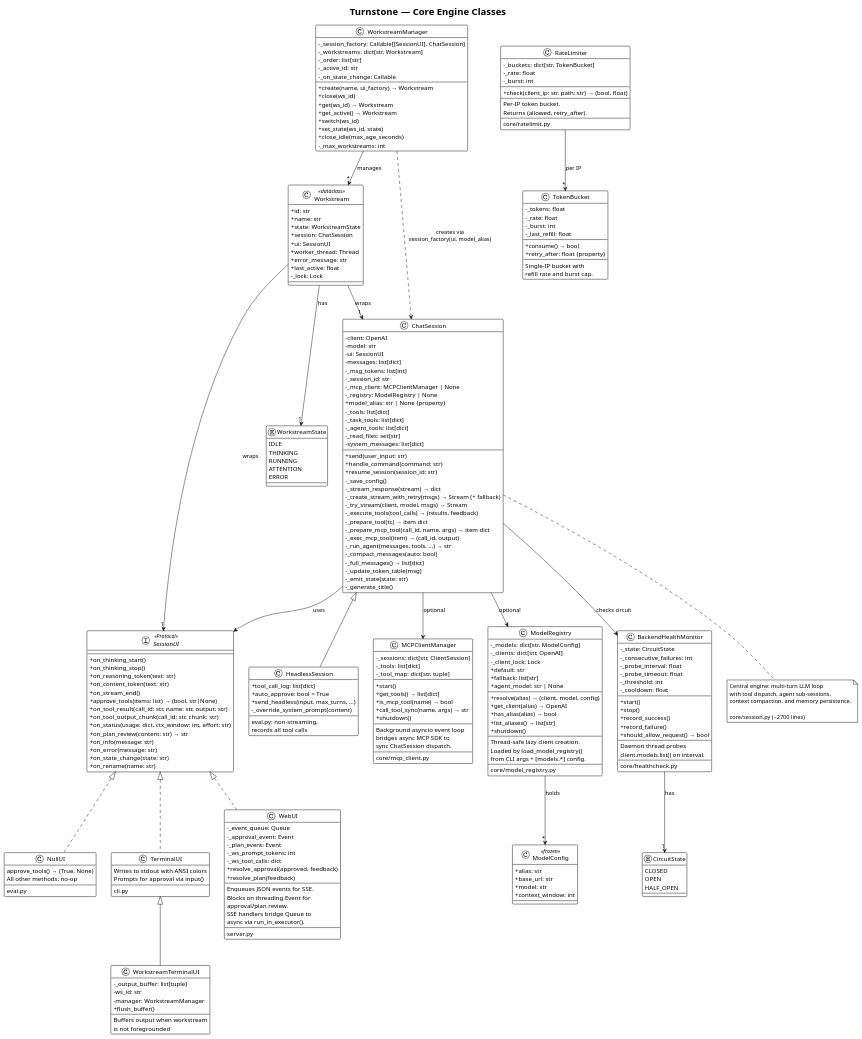
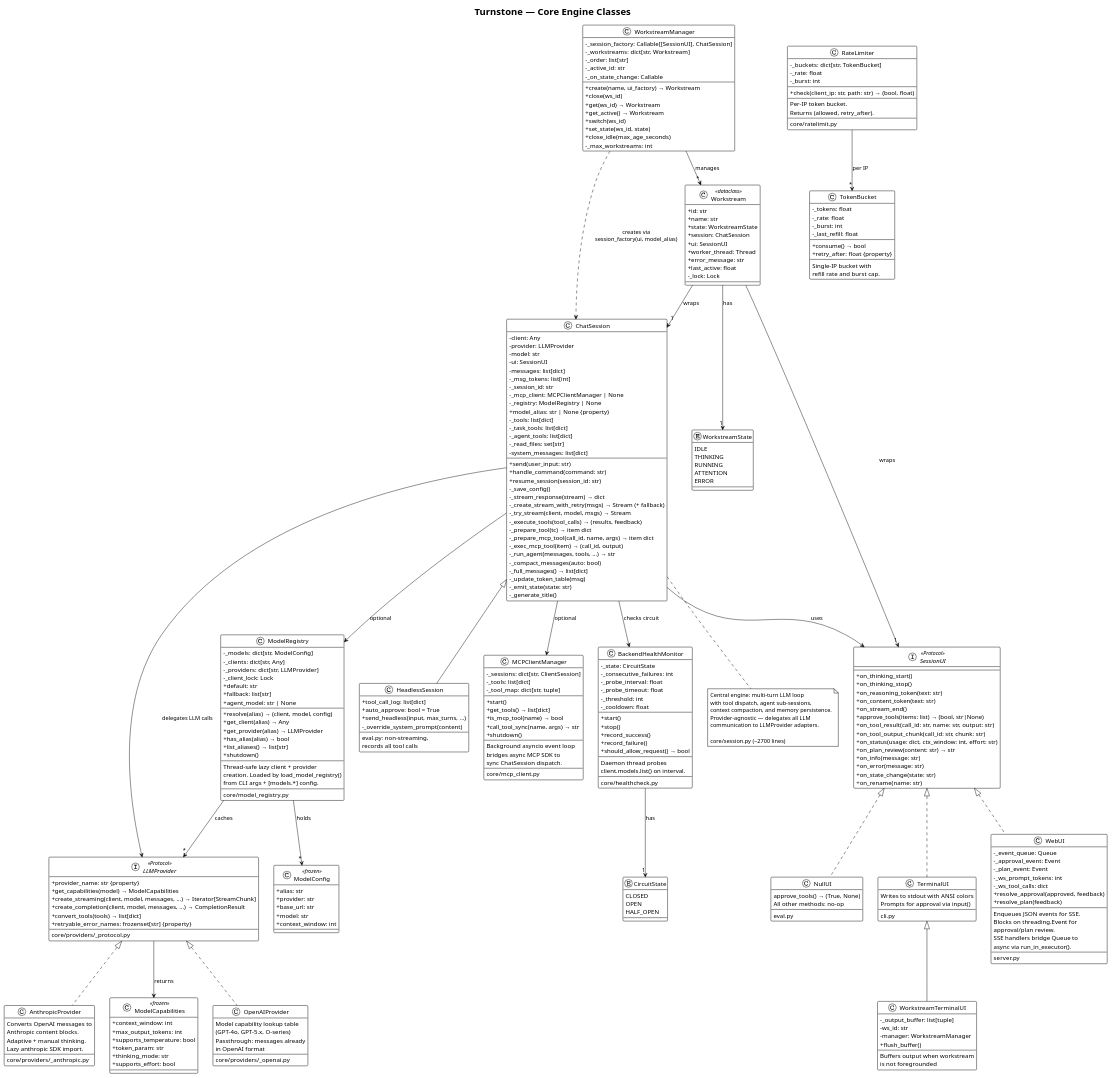
The diagram in docs/diagrams/03-core-engine-classes.puml (turnstonelabs/turnstone), drawn with PlantUML before and after one commit. The commit also changed 20 other files, not shown here.

First line of the commit message:
Add multi-provider LLM adapter with model capability flags

```diff
--- a/docs/diagrams/03-core-engine-classes.puml
+++ b/docs/diagrams/03-core-engine-classes.puml
@@ -65,9 +65,50 @@
     eval.py
 }
 
+' LLMProvider Protocol
+interface "LLMProvider" as LLMProvider <<Protocol>> {
+    + provider_name: str {property}
+    + get_capabilities(model) → ModelCapabilities
+    + create_streaming(client, model, messages, ...) → Iterator[StreamChunk]
+    + create_completion(client, model, messages, ...) → CompletionResult
+    + convert_tools(tools) → list[dict]
+    + retryable_error_names: frozenset[str] {property}
+    --
+    core/providers/_protocol.py
+}
+
+class "OpenAIProvider" as OpenAIProv {
+    Model capability lookup table
+    (GPT-4o, GPT-5.x, O-series)
+    Passthrough: messages already
+    in OpenAI format
+    --
+    core/providers/_openai.py
+}
+
+class "AnthropicProvider" as AnthropicProv {
+    Converts OpenAI messages to
+    Anthropic content blocks.
+    Adaptive + manual thinking.
+    Lazy anthropic SDK import.
+    --
+    core/providers/_anthropic.py
+}
+
+' ModelCapabilities
+class "ModelCapabilities" as ModelCaps <<frozen>> {
+    + context_window: int
+    + max_output_tokens: int
+    + supports_temperature: bool
+    + token_param: str
+    + thinking_mode: str
+    + supports_effort: bool
+}
+
 ' ChatSession
 class "ChatSession" as ChatSession {
-    - client: OpenAI
+    - client: Any
+    - provider: LLMProvider
     - model: str
     - ui: SessionUI
     - messages: list[dict]
@@ -174,20 +215,22 @@
 ' ModelRegistry
 class "ModelRegistry" as ModelReg {
     - _models: dict[str, ModelConfig]
-    - _clients: dict[str, OpenAI]
+    - _clients: dict[str, Any]
+    - _providers: dict[str, LLMProvider]
     - _client_lock: Lock
     + default: str
     + fallback: list[str]
     + agent_model: str | None
     --
     + resolve(alias) → (client, model, config)
-    + get_client(alias) → OpenAI
+    + get_client(alias) → Any
+    + get_provider(alias) → LLMProvider
     + has_alias(alias) → bool
     + list_aliases() → list[str]
     + shutdown()
     --
-    Thread-safe lazy client creation.
-    Loaded by load_model_registry()
+    Thread-safe lazy client + provider
+    creation. Loaded by load_model_registry()
     from CLI args + [models.*] config.
     --
     core/model_registry.py
@@ -195,6 +238,7 @@
 
 class "ModelConfig" as ModelCfg <<frozen>> {
     + alias: str
+    + provider: str
     + base_url: str
     + model: str
     + context_window: int
@@ -262,7 +306,11 @@
 SessionUI <|.. WebUI
 SessionUI <|.. NullUI
 
+LLMProvider <|.. OpenAIProv
+LLMProvider <|.. AnthropicProv
+
 ChatSession --> SessionUI : uses
+ChatSession --> LLMProvider : delegates LLM calls
 ChatSession --> MCPMgr : optional
 ChatSession --> ModelReg : optional
 ChatSession <|-- HeadlessSession
@@ -275,6 +323,8 @@
 WsMgr ..> ChatSession : creates via\nsession_factory(ui, model_alias)
 
 ModelReg --> "*" ModelCfg : holds
+ModelReg --> "*" LLMProvider : caches
+LLMProvider --> ModelCaps : returns
 
 ChatSession --> HealthMon : checks circuit
 HealthMon --> "1" CircuitState : has
@@ -284,6 +334,8 @@
   Central engine: multi-turn LLM loop
   with tool dispatch, agent sub-sessions,
   context compaction, and memory persistence.
+  Provider-agnostic — delegates all LLM
+  communication to LLMProvider adapters.
 
   core/session.py (~2700 lines)
 end note
```
